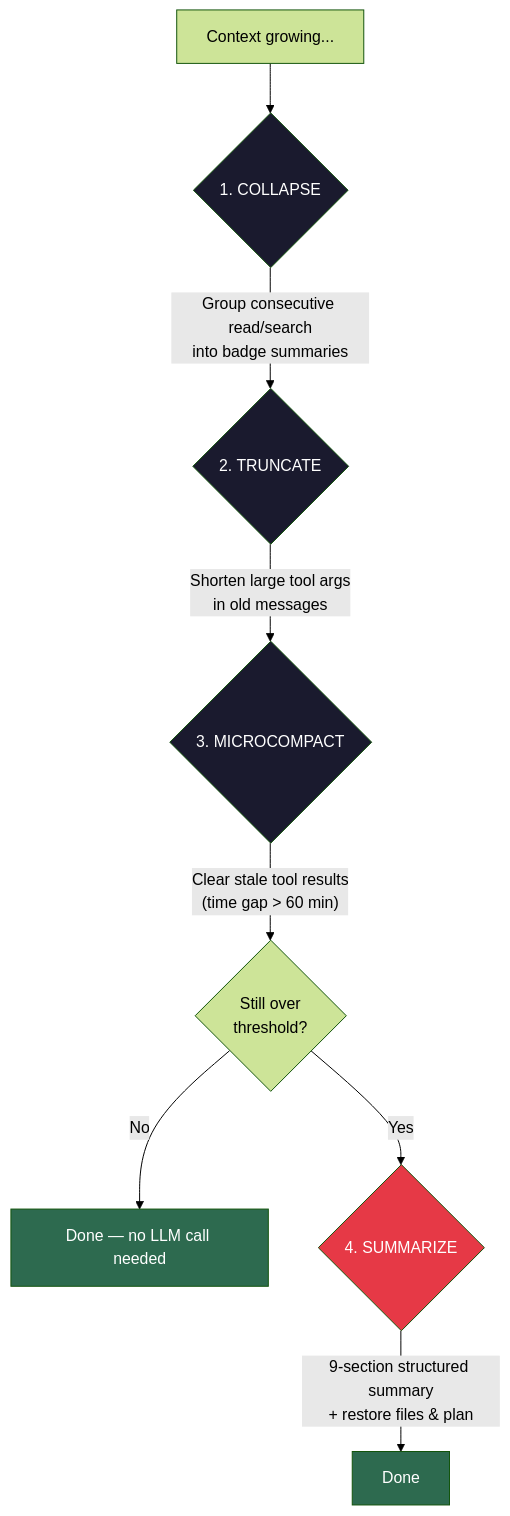
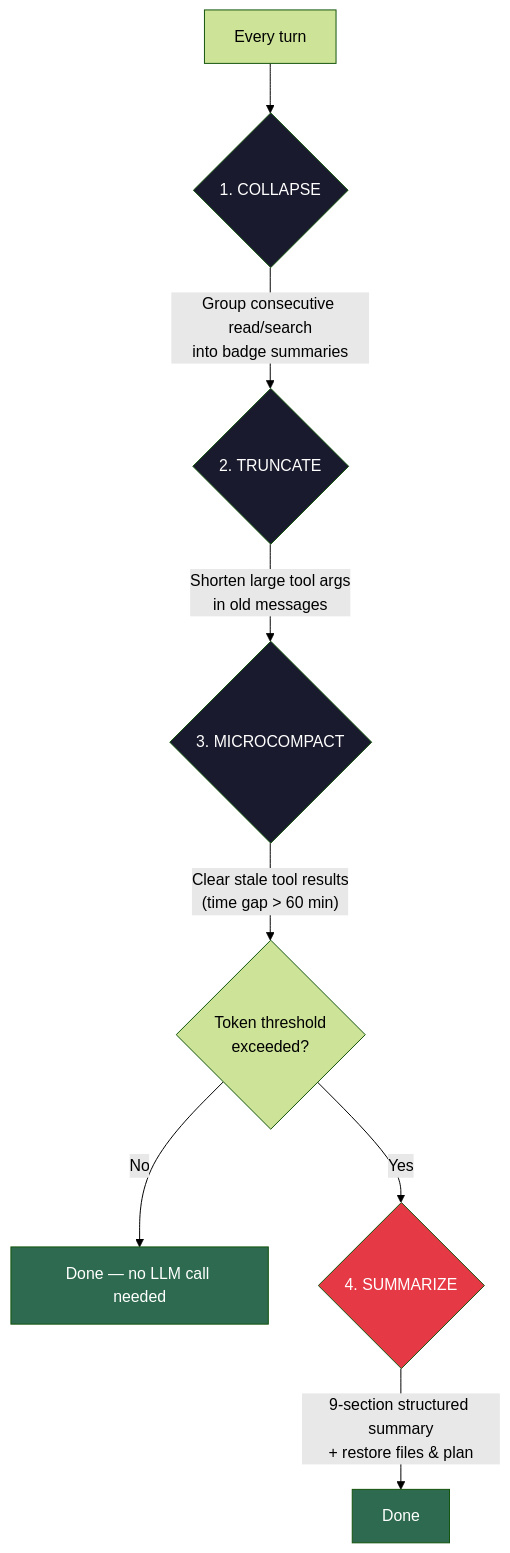
One commit to emanueleielo/compact-middleware changed the diagram in README.md. Above: the diagram before and after it, drawn with Mermaid (forest theme). The commit also changed other lines of this file, not shown here.

Commit message:
Update README to reflect unconditional lightweight compaction
Flowchart and description now clarify that levels 1-3 run every turn
with their own internal triggers, not gated by the global threshold.

````diff
--- a/README.md
+++ b/README.md
@@ -49,17 +49,17 @@
 ```mermaid
 flowchart TD
-    A["Context growing..."] --> B{"1. COLLAPSE"}
+    A["Every turn"] --> B{"1. COLLAPSE"}
     B -->|"Group consecutive read/search\ninto badge summaries"| C{"2. TRUNCATE"}
     C -->|"Shorten large tool args\nin old messages"| D{"3. MICROCOMPACT"}
-    D -->|"Clear stale tool results\n(time gap > 60 min)"| E{"Still over\nthreshold?"}
+    D -->|"Clear stale tool results\n(time gap > 60 min)"| E{"Token threshold\nexceeded?"}
     E -->|No| F["Done — no LLM call needed"]
     E -->|Yes| G{"4. SUMMARIZE"}
     G -->|"9-section structured summary\n+ restore files & plan"| H["Done"]
 
     style F fill:#2d6a4f,color:#fff
     style H fill:#2d6a4f,color:#fff
     style B fill:#1a1a2e,color:#fff
     style C fill:#1a1a2e,color:#fff
     style D fill:#1a1a2e,color:#fff
     style G fill:#e63946,color:#fff
 ```
````
